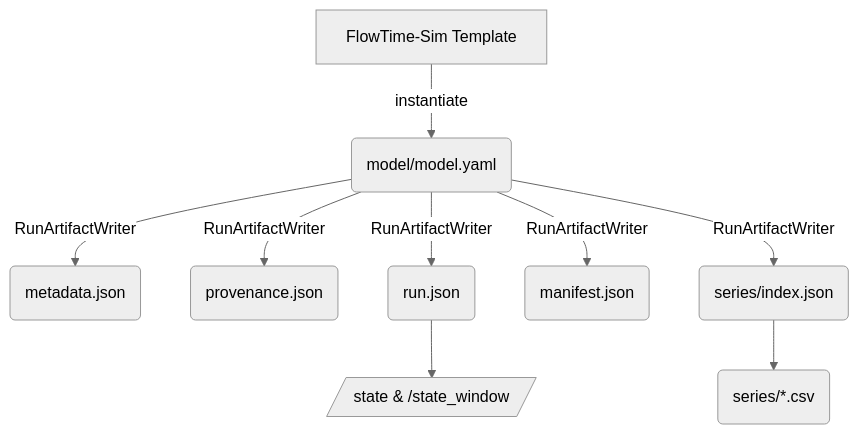
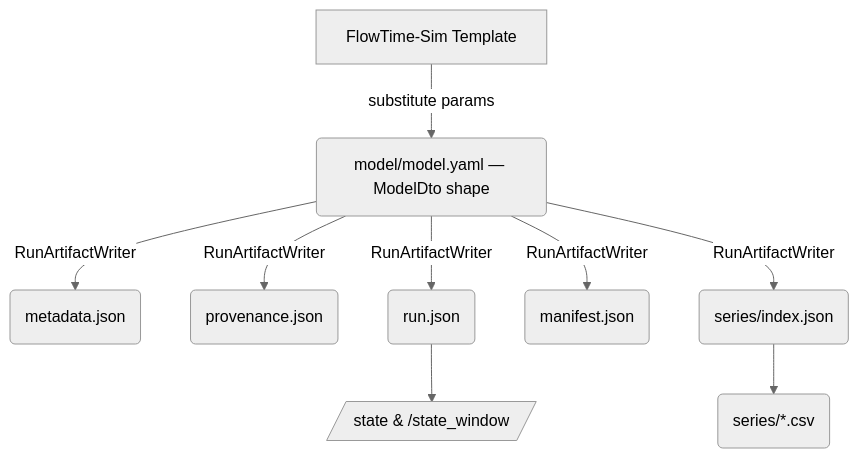
Before and after one commit to 23min/FlowTime: the diagram in docs/schemas/README.md, drawn with Mermaid (neutral theme). The commit also changed other lines of this file and 110 other files, not shown here.

````diff
--- a/docs/schemas/README.md
+++ b/docs/schemas/README.md
@@ -45,12 +59,12 @@
 ```mermaid
 graph TD
     Template[FlowTime-Sim Template]
-    Template -->|instantiate| ModelYaml(model/model.yaml)
+    Template -->|substitute params| ModelYaml(model/model.yaml — ModelDto shape)
     ModelYaml -->|RunArtifactWriter| Metadata(metadata.json)
     ModelYaml -->|RunArtifactWriter| Provenance(provenance.json)
     ModelYaml -->|RunArtifactWriter| RunJson(run.json)
     ModelYaml -->|RunArtifactWriter| Manifest(manifest.json)
     ModelYaml -->|RunArtifactWriter| SeriesIndex(series/index.json)
     SeriesIndex --> CSVs(series/*.csv)
     RunJson --> State[/state & /state_window/]
 ```
````
